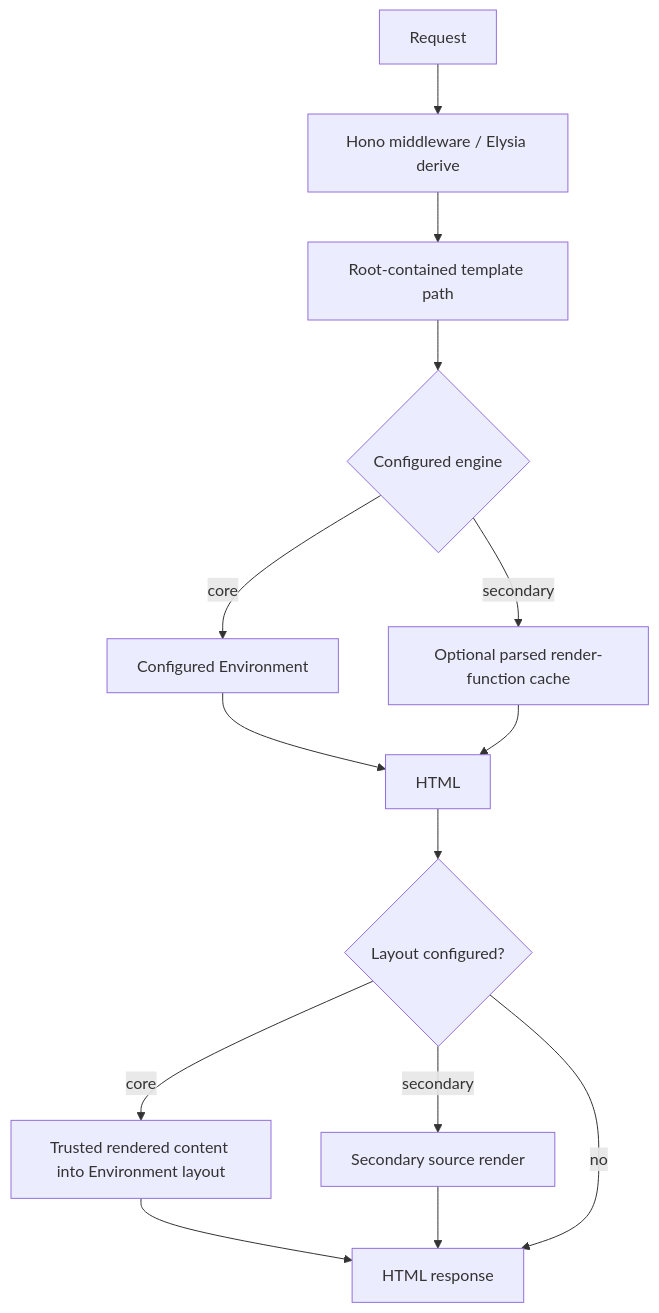
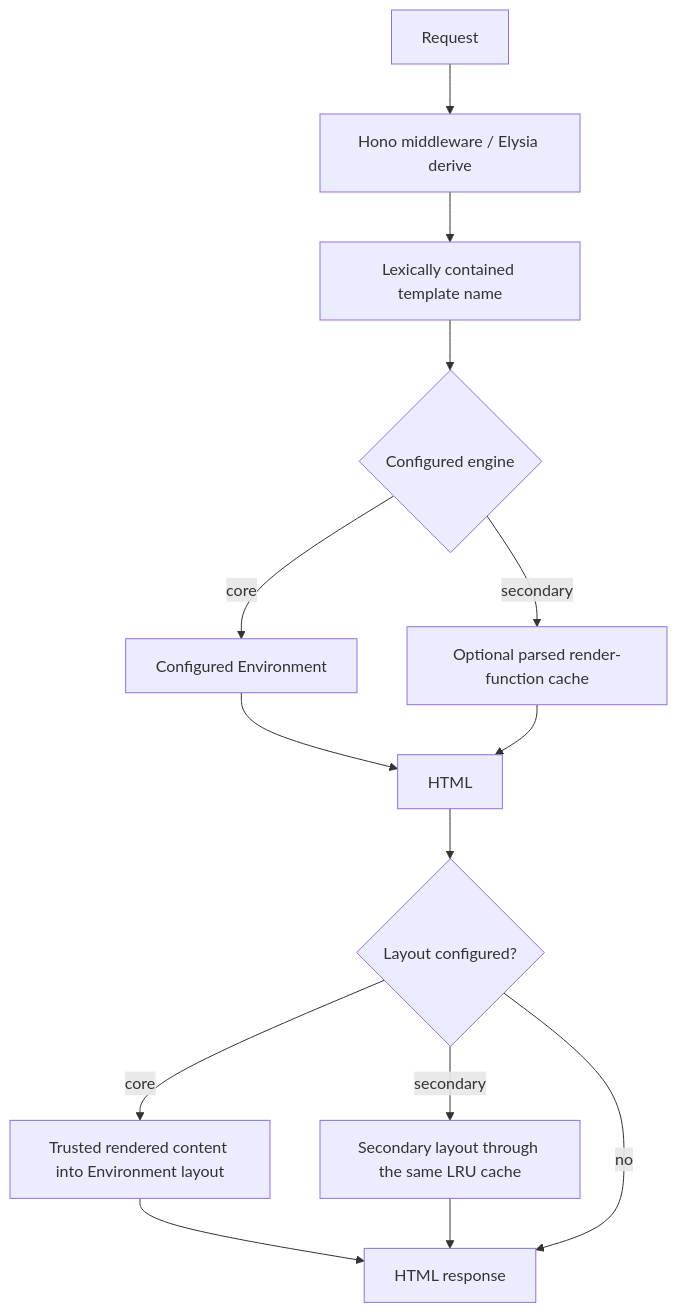
The tenth of 12 diagrams in FLOWCHARTS.md (egeominotti/binja), drawn with Mermaid before and after one commit. The commit also changed other lines of this file and 16 other files, not shown here.

````diff
--- a/FLOWCHARTS.md
+++ b/FLOWCHARTS.md
@@ -162,16 +162,16 @@
 ```mermaid
 flowchart TD
   Request --> Adapter[Hono middleware / Elysia derive]
-  Adapter --> Resolve[Root-contained template path]
+  Adapter --> Resolve[Lexically contained template name]
   Resolve --> Engine{Configured engine}
   Engine -- core --> Env[Configured Environment]
   Engine -- secondary --> ParsedCache[Optional parsed render-function cache]
   Env --> HTML
   ParsedCache --> HTML
   HTML --> Layout{Layout configured?}
   Layout -- core --> SafeContent[Trusted rendered content into Environment layout]
-  Layout -- secondary --> SecondaryLayout[Secondary source render]
+  Layout -- secondary --> SecondaryLayout[Secondary layout through the same LRU cache]
   SafeContent --> Response
   SecondaryLayout --> Response
   Layout -- no --> Response[HTML response]
 ```
````
